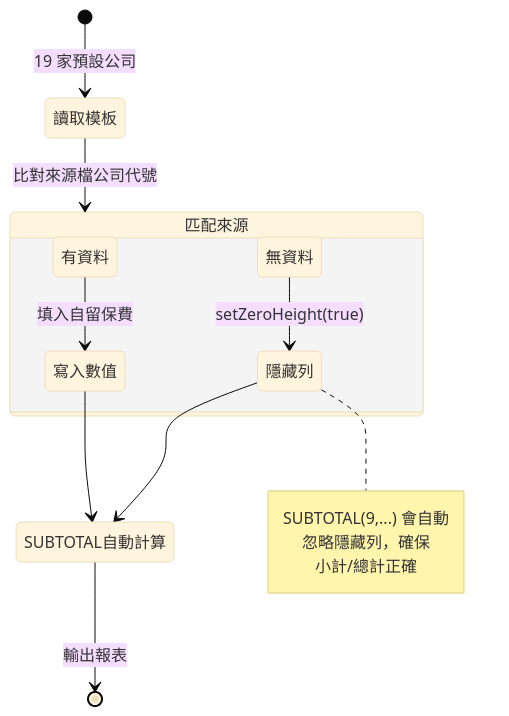
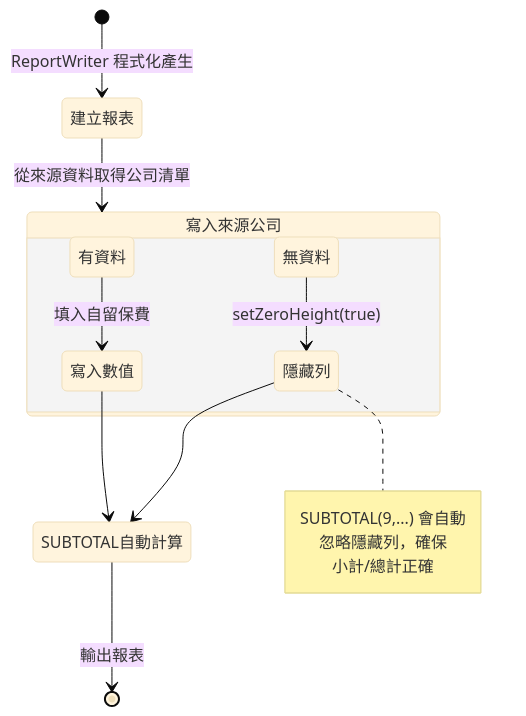
The fifth of 5 diagrams in docs/08-險種歸類與模板寫入.md (seawaterfoods/retained-premium-report-transformer), drawn with Mermaid (base theme) before and after one commit. The commit also changed other lines of this file and 11 other files, not shown here.

````diff
--- a/docs/08-險種歸類與模板寫入.md
+++ b/docs/08-險種歸類與模板寫入.md
@@ -115,22 +117,22 @@
 ```mermaid
 stateDiagram-v2
-    [*] --> 讀取模板: 19 家預設公司
+    [*] --> 建立報表: ReportWriter 程式化產生
 
-    讀取模板 --> 匹配來源: 比對來源檔公司代號
+    建立報表 --> 寫入來源公司: 從來源資料取得公司清單
 
-    state 匹配來源 {
+    state 寫入來源公司 {
         有資料 --> 寫入數值: 填入自留保費
         無資料 --> 隱藏列: setZeroHeight(true)
     }
 
     寫入數值 --> SUBTOTAL自動計算
     隱藏列 --> SUBTOTAL自動計算
 
     note right of 隱藏列
         SUBTOTAL(9,...) 會自動
         忽略隱藏列，確保
         小計/總計正確
     end note
 
     SUBTOTAL自動計算 --> [*]: 輸出報表
 ```
````
